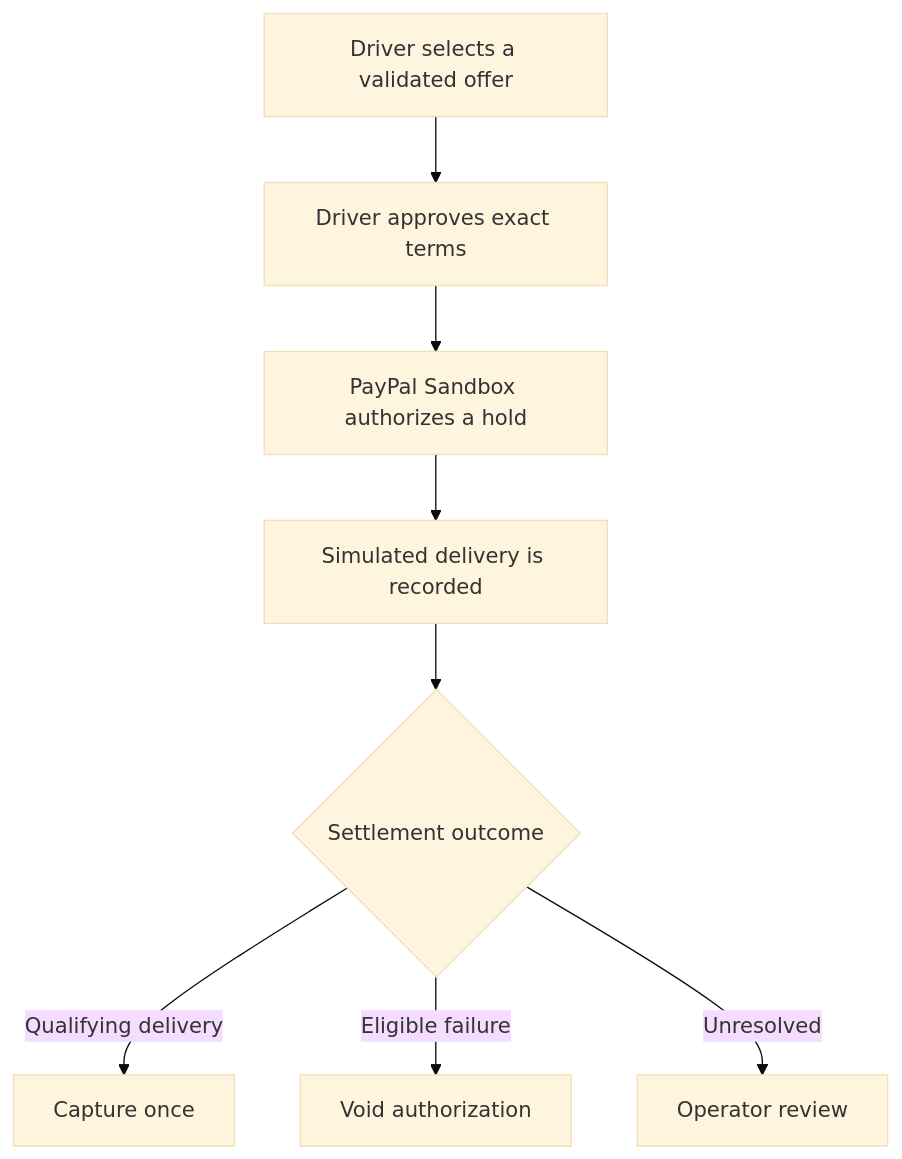
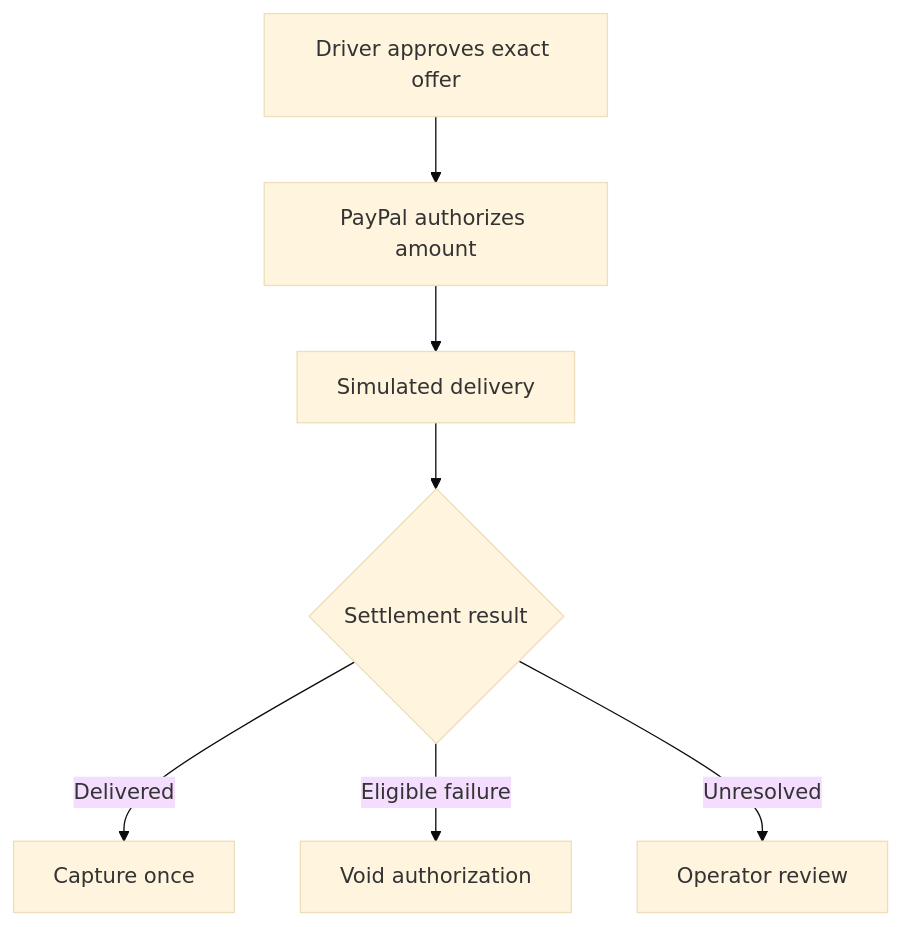
One commit to piyusha-sayal/gridwindow-flexpay changed the second of 5 diagrams in README.md. Above: the diagram before and after it, drawn with Mermaid (base theme). The commit also changed other lines of this file, not shown here.

````diff
--- a/README.md
+++ b/README.md
@@ -109,10 +203,9 @@
 ```mermaid
 flowchart TB
-    A["Driver selects a validated offer"] --> B["Driver approves exact terms"]
-    B --> C["PayPal Sandbox authorizes a hold"]
-    C --> D["Simulated delivery is recorded"]
-    D --> E{"Settlement outcome"}
-    E -->|"Qualifying delivery"| F["Capture once"]
-    E -->|"Eligible failure"| G["Void authorization"]
-    E -->|"Unresolved"| H["Operator review"]
+    A["Driver approves exact offer"] --> B["PayPal authorizes amount"]
+    B --> C["Simulated delivery"]
+    C --> D{"Settlement result"}
+    D -->|Delivered| E["Capture once"]
+    D -->|Eligible failure| F["Void authorization"]
+    D -->|Unresolved| G["Operator review"]
 ```
````
